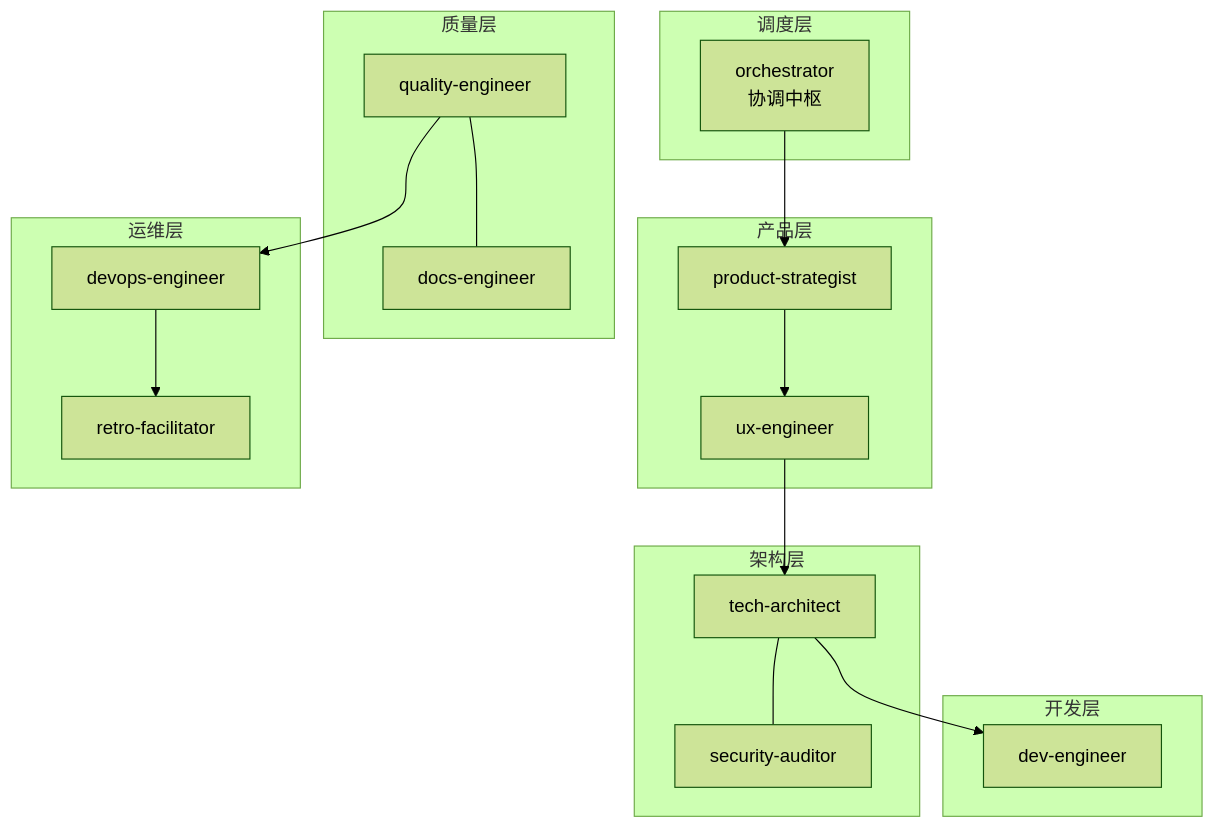
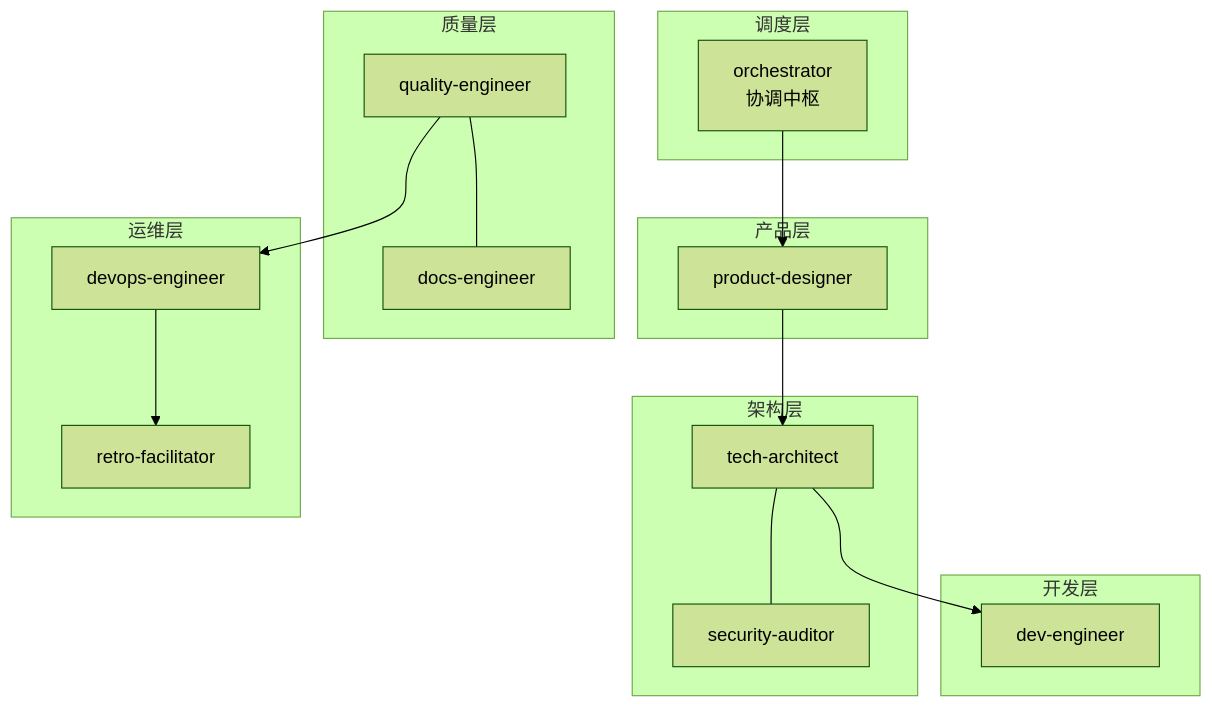
Before and after one commit to Tooooommy/Trae-Workflow: the fourth of 6 diagrams in skills/orchestrator/SKILL.md, drawn with Mermaid (forest theme). The commit also changed other lines of this file and 3 other files, not shown here.

First line of the commit message:
refactor: 合并 product-strategist 和 ux-engineer 为 product-designer

````diff
--- a/skills/orchestrator/SKILL.md
+++ b/skills/orchestrator/SKILL.md
@@ -139,25 +131,25 @@
 ```mermaid
 flowchart TB
     subgraph 调度层
         O[orchestrator<br/>协调中枢]
     end
     subgraph 产品层
-        P[product-strategist] --> UX[ux-engineer]
+        PD[product-designer]
     end
     subgraph 架构层
         TA[tech-architect] --- SA[security-auditor]
     end
     subgraph 开发层
         DEV[dev-engineer]
     end
     subgraph 质量层
         QE[quality-engineer] --- DO[docs-engineer]
     end
     subgraph 运维层
         DE[devops-engineer] --> RF[retro-facilitator]
     end
-    O --> P
-    UX --> TA
+    O --> PD
+    PD --> TA
     TA --> DEV
     QE --> DE
 ```
````
